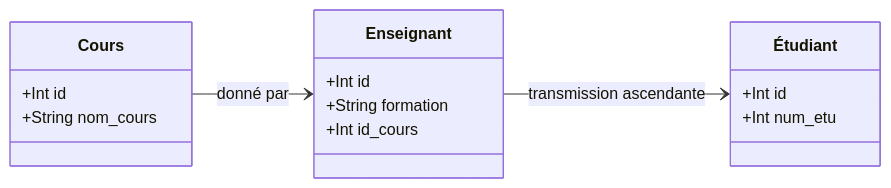
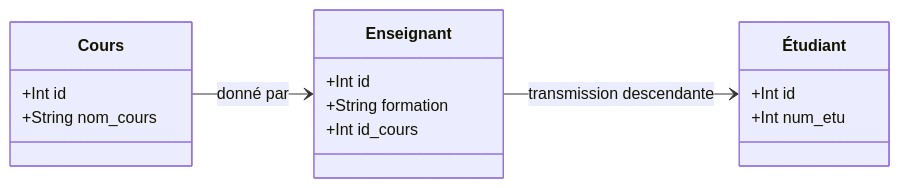
The diagram in class.md (lmimouni-rim/EDUCATION), drawn with Mermaid before and after one commit.

````diff
--- a/class.md
+++ b/class.md
@@ -1,25 +1,25 @@
 ```mermaid
 
 classDiagram
 direction LR
 
 
     
     class Étudiant
     Étudiant : +Int id
     Étudiant : +Int num_etu
 
     class Enseignant 
     Enseignant : +Int id
     Enseignant : +String formation 
     Enseignant : +Int id_cours
 
     class Cours
     Cours : +Int id
     Cours : +String nom_cours
 
 
     Cours --> Enseignant : donné par
-    Enseignant --> Étudiant : transmission ascendante
+    Enseignant --> Étudiant : transmission descendante
 
 ```
````
